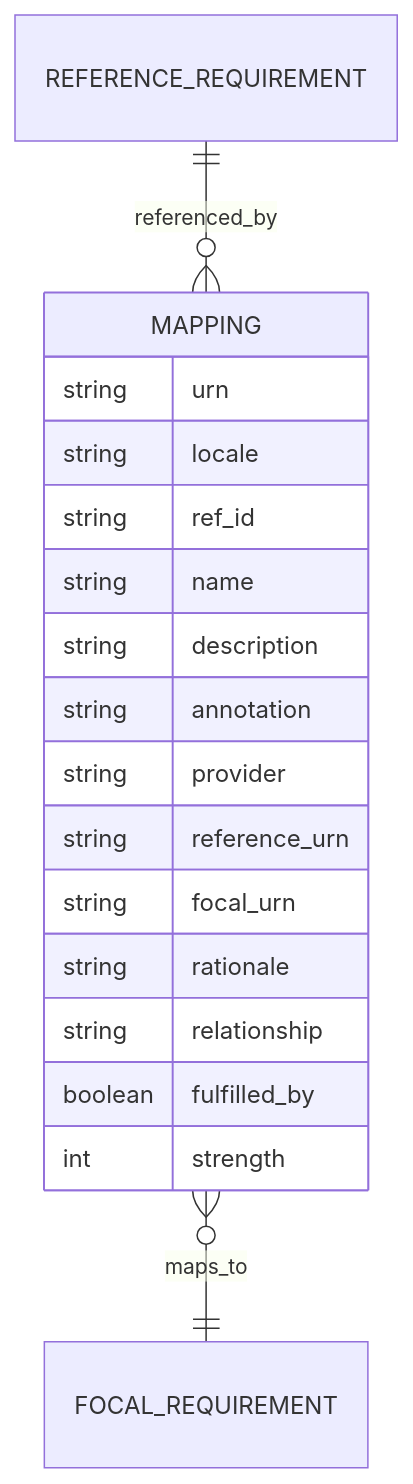
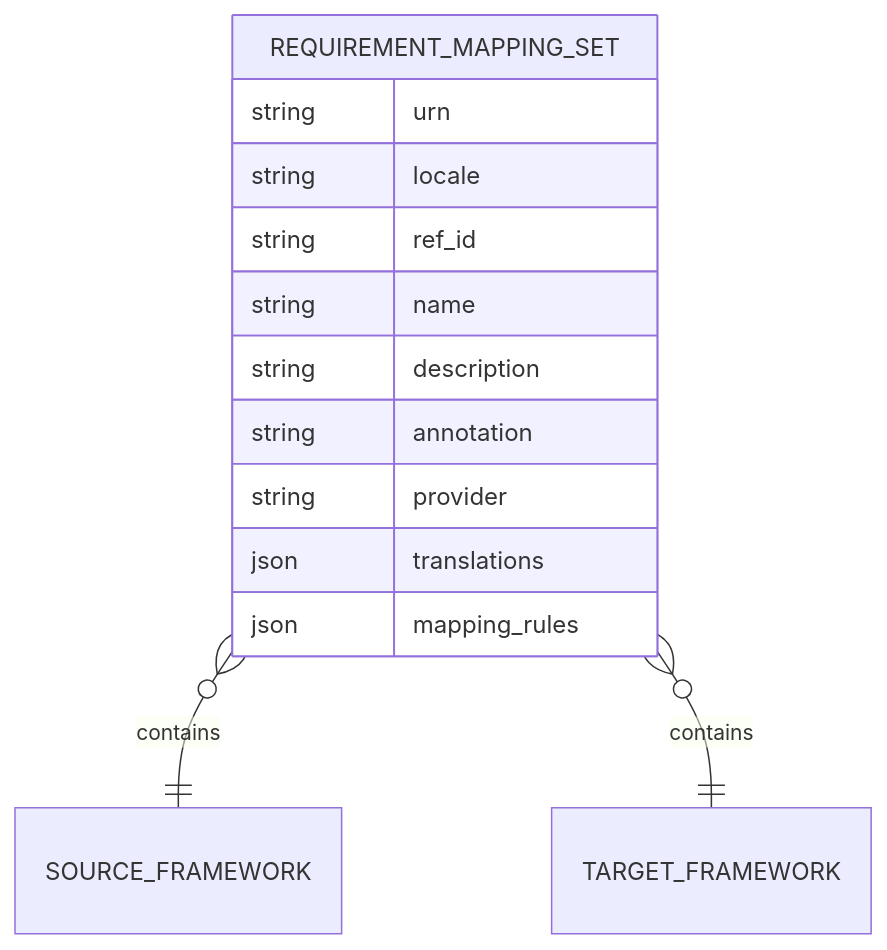
Before and after one commit to intuitem/ciso-assistant-community: the sixth of 13 diagrams in documentation/architecture/data-model.md, drawn with Mermaid. The commit also changed other lines of this file and 1384 other files, not shown here.

````diff
--- a/documentation/architecture/data-model.md
+++ b/documentation/architecture/data-model.md
@@ -292,24 +456,19 @@
 ```mermaid
 erDiagram
-    REFERENCE_REQUIREMENT ||--o{ MAPPING          : referenced_by
-    MAPPING               }o--|| FOCAL_REQUIREMENT: maps_to
+    REQUIREMENT_MAPPING_SET   }o--|| SOURCE_FRAMEWORK : contains
+    REQUIREMENT_MAPPING_SET   }o--|| TARGET_FRAMEWORK : contains
 
-    MAPPING {
+    REQUIREMENT_MAPPING_SET {
         string  urn
         string  locale
         string  ref_id
         string  name
         string  description
         string  annotation
         string  provider
+        json    translations
 
-        string  reference_urn
-        string  focal_urn
-        string  rationale
-        string  relationship
-        boolean fulfilled_by
-        int     strength
+        json    mapping_rules
     }
 
-
 ```
````
